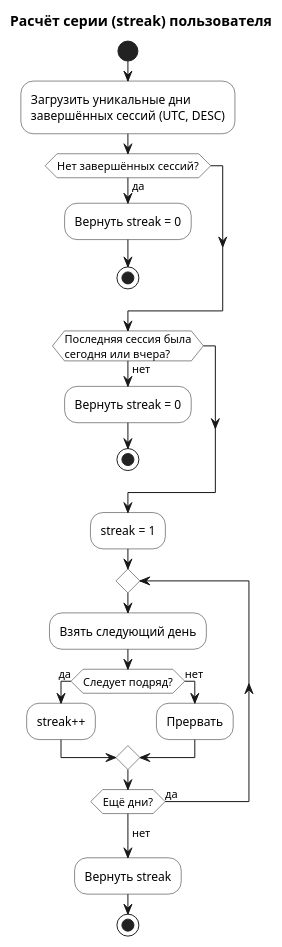
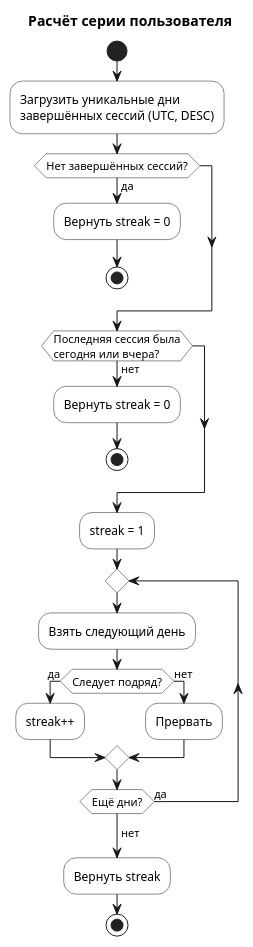
Before and after one commit to nifle3/diplom_work: the diagram in docs/activity/09_streak_calculation.puml, drawn with PlantUML. The commit also changed 1 other file, not shown here.

```diff
--- a/docs/activity/09_streak_calculation.puml
+++ b/docs/activity/09_streak_calculation.puml
@@ -1,34 +1,34 @@
 @startuml 09_streak_calculation
-title Расчёт серии (streak) пользователя
+title Расчёт серии пользователя
 skinparam ActivityBackgroundColor White
 
 start
 
 :Загрузить уникальные дни\nзавершённых сессий (UTC, DESC);
 
 if (Нет завершённых сессий?) then (да)
   :Вернуть streak = 0;
   stop
 endif
 
 if (Последняя сессия была\nсегодня или вчера?) then (нет)
   :Вернуть streak = 0;
   stop
 endif
 
 :streak = 1;
 
 repeat
   :Взять следующий день;
   if (Следует подряд?) then (да)
     :streak++;
   else (нет)
     :Прервать;
   endif
 repeat while (Ещё дни?) is (да)
 ->нет;
 
 :Вернуть streak;
 
 stop
 @enduml
```
